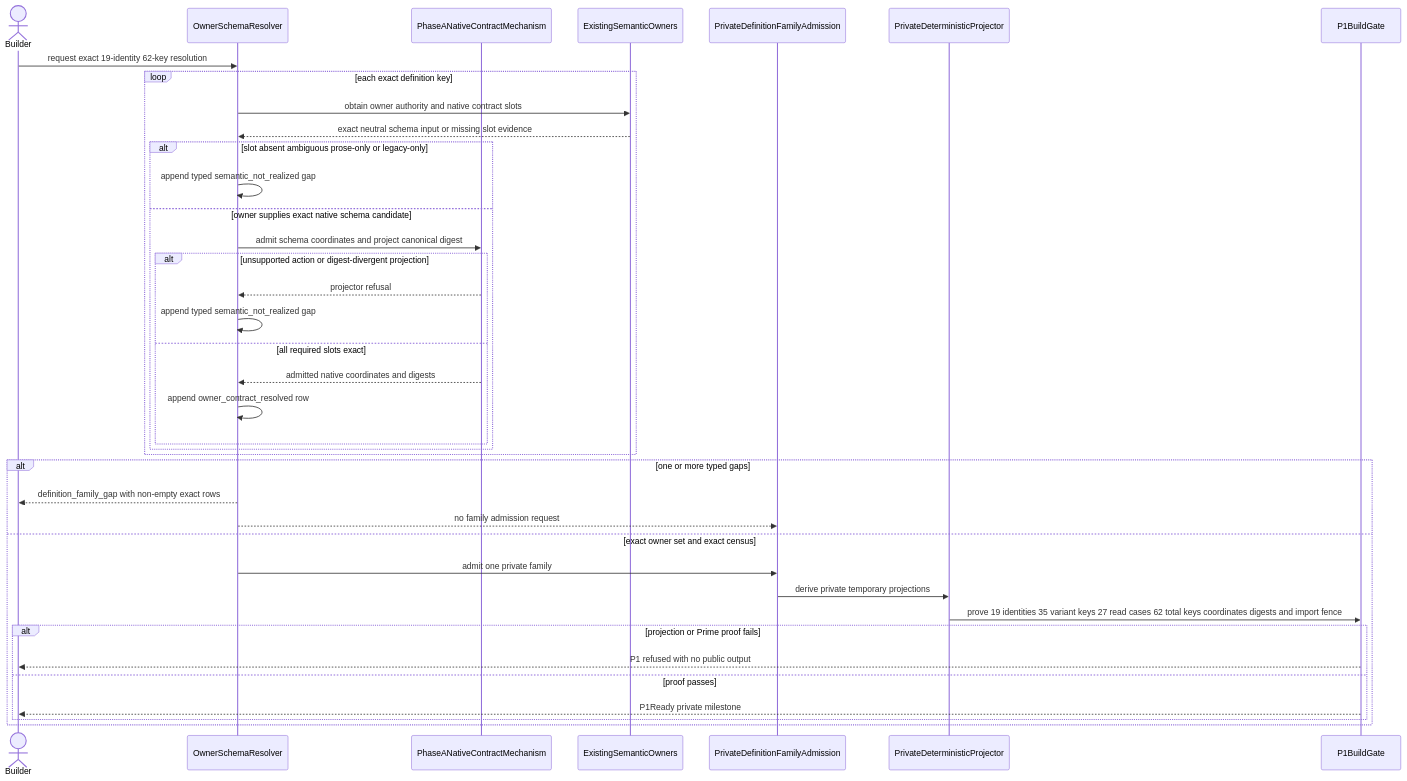
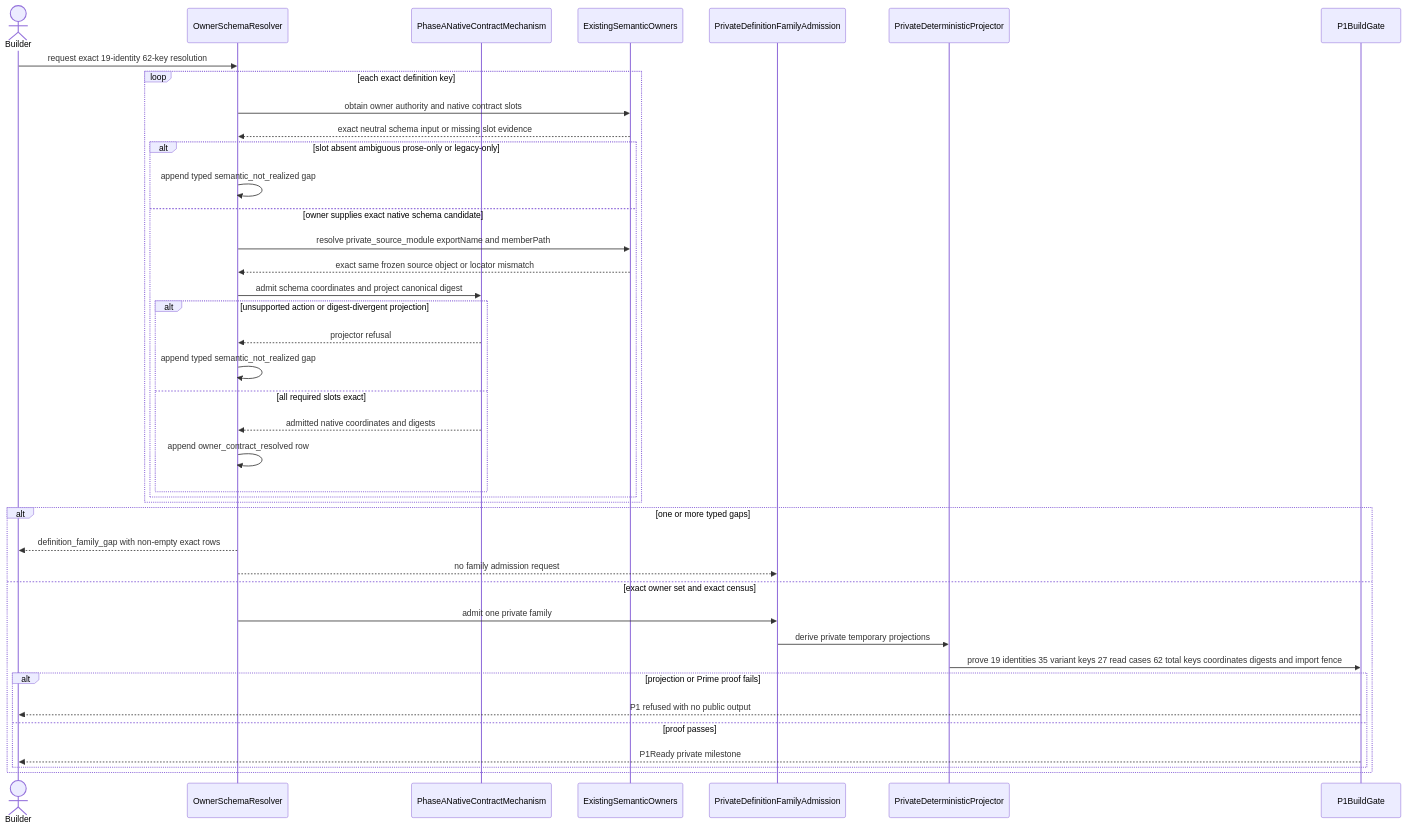
One commit to foolishimp/abiogenesis changed the second of 3 diagrams in build_tenants/abiogenesis/typescript/design/M04_PUBLIC_OPERATION_DEFINITION_FAMILY_BEHAVIOR_DESIGN.md. Above: the diagram before and after it, drawn with Mermaid. The commit also changed other lines of this file and 6 other files, not shown here.

````diff
--- a/build_tenants/abiogenesis/typescript/design/M04_PUBLIC_OPERATION_DEFINITION_FAMILY_BEHAVIOR_DESIGN.md
+++ b/build_tenants/abiogenesis/typescript/design/M04_PUBLIC_OPERATION_DEFINITION_FAMILY_BEHAVIOR_DESIGN.md
@@ -981,41 +1024,43 @@
 ```mermaid
 sequenceDiagram
   actor Builder
   participant Resolver as OwnerSchemaResolver
   participant PhaseA as PhaseANativeContractMechanism
   participant Owners as ExistingSemanticOwners
   participant Family as PrivateDefinitionFamilyAdmission
   participant Projector as PrivateDeterministicProjector
   participant Gate as P1BuildGate
 
   Builder->>Resolver: request exact 19-identity 62-key resolution
   loop each exact definition key
     Resolver->>Owners: obtain owner authority and native contract slots
     Owners-->>Resolver: exact neutral schema input or missing slot evidence
     alt slot absent ambiguous prose-only or legacy-only
       Resolver->>Resolver: append typed semantic_not_realized gap
     else owner supplies exact native schema candidate
+      Resolver->>Owners: resolve private_source_module exportName and memberPath
+      Owners-->>Resolver: exact same frozen source object or locator mismatch
       Resolver->>PhaseA: admit schema coordinates and project canonical digest
       alt unsupported action or digest-divergent projection
         PhaseA-->>Resolver: projector refusal
         Resolver->>Resolver: append typed semantic_not_realized gap
       else all required slots exact
         PhaseA-->>Resolver: admitted native coordinates and digests
         Resolver->>Resolver: append owner_contract_resolved row
       end
     end
   end
   alt one or more typed gaps
     Resolver-->>Builder: definition_family_gap with non-empty exact rows
     Resolver-->>Family: no family admission request
   else exact owner set and exact census
     Resolver->>Family: admit one private family
     Family->>Projector: derive private temporary projections
     Projector->>Gate: prove 19 identities 35 variant keys 27 read cases 62 total keys coordinates digests and import fence
     alt projection or Prime proof fails
       Gate-->>Builder: P1 refused with no public output
     else proof passes
       Gate-->>Builder: P1Ready private milestone
     end
   end
 ```
````
